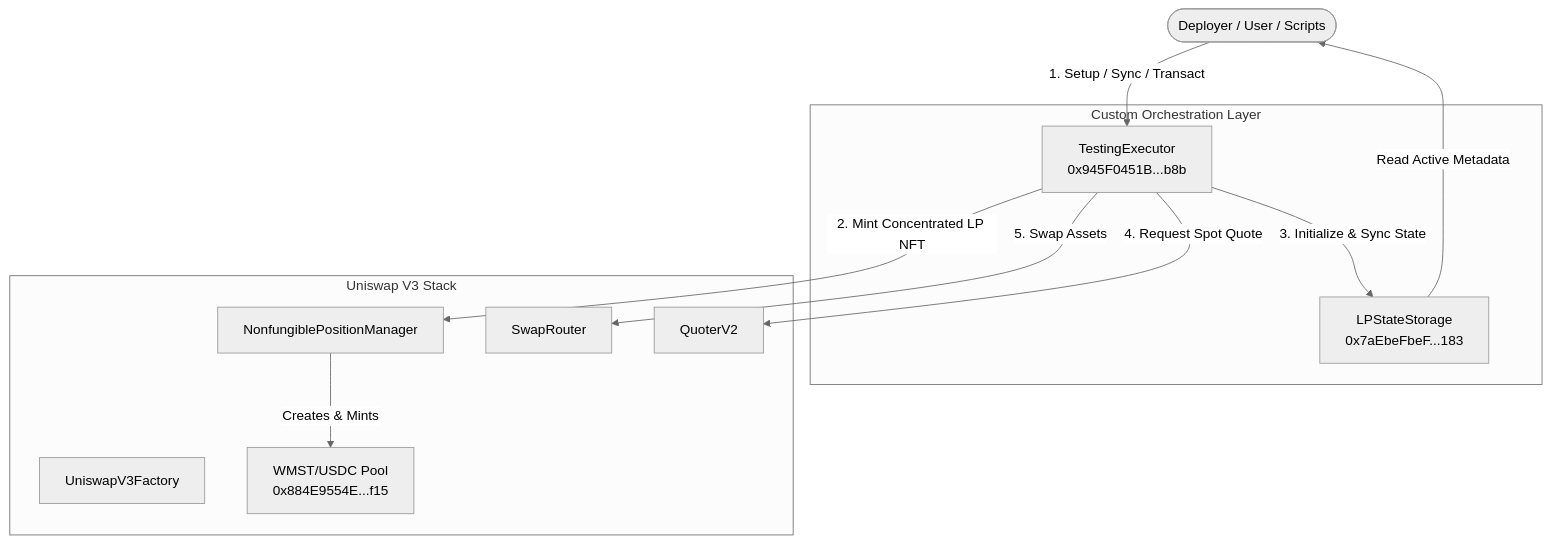
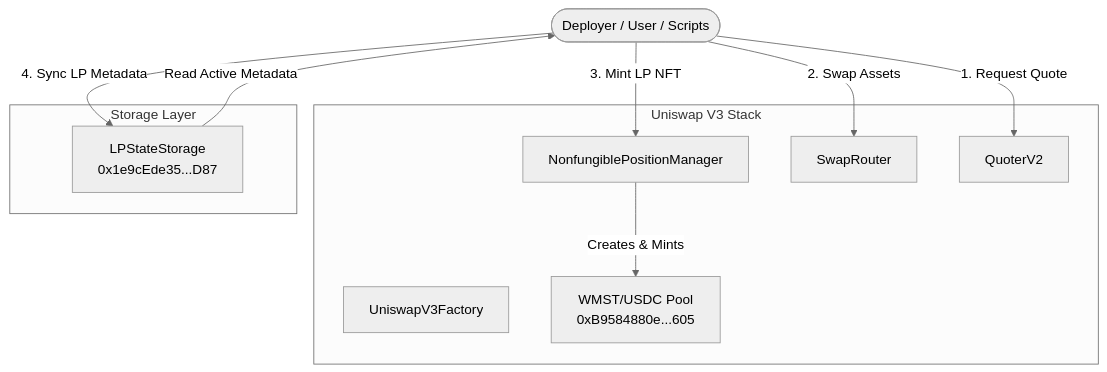
One commit to LittleNikK/dex-explore changed the diagram in README.md. Above: the diagram before and after it, drawn with Mermaid (neutral theme). The commit also changed other lines of this file and 40 other files, not shown here.

````diff
--- a/README.md
+++ b/README.md
@@ -14,25 +14,23 @@
 ```mermaid
 graph TD
     User([Deployer / User / Scripts])
-    
-    subgraph Custom Orchestration Layer
-        Exec[TestingExecutor <br> 0x945F0451B...b8b]
-        Storage[LPStateStorage <br> 0x7aEbeFbeF...183]
-    end
 
     subgraph Uniswap V3 Stack
         Factory[UniswapV3Factory]
         NPM[NonfungiblePositionManager]
         Router[SwapRouter]
         Quoter[QuoterV2]
-        Pool[WMST/USDC Pool <br> 0x884E9554E...f15]
+        Pool[WMST/USDC Pool <br> 0xB9584880e...605]
     end
 
-    User -->|1. Setup / Sync / Transact| Exec
-    Exec -->|2. Mint Concentrated LP NFT| NPM
-    Exec -->|3. Initialize & Sync State| Storage
-    Exec -->|4. Request Spot Quote| Quoter
-    Exec -->|5. Swap Assets| Router
+    subgraph Storage Layer
+        Storage[LPStateStorage <br> 0x1e9cEde35...D87]
+    end
+
+    User -->|1. Request Quote| Quoter
+    User -->|2. Swap Assets| Router
+    User -->|3. Mint LP NFT| NPM
     NPM -->|Creates & Mints| Pool
+    User -->|4. Sync LP Metadata| Storage
     Storage -->|Read Active Metadata| User
 ```
````
